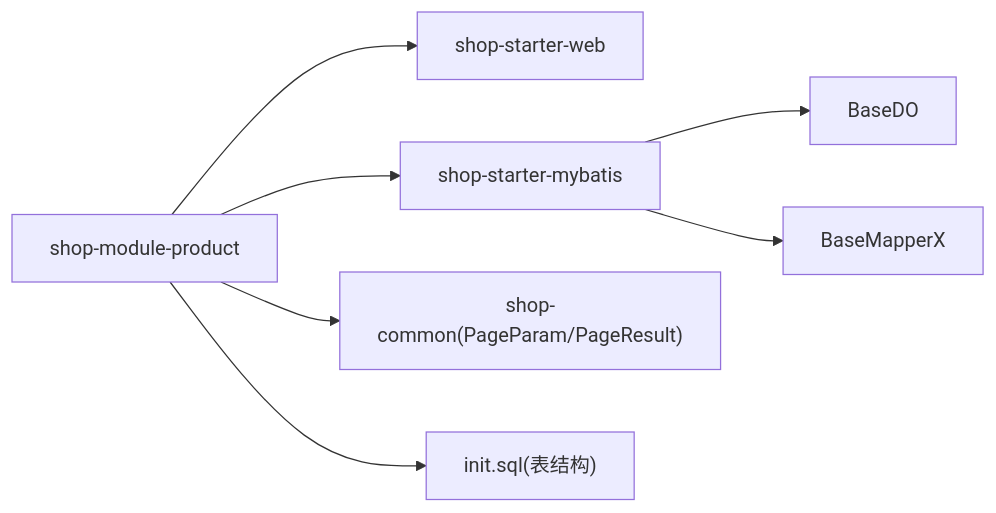
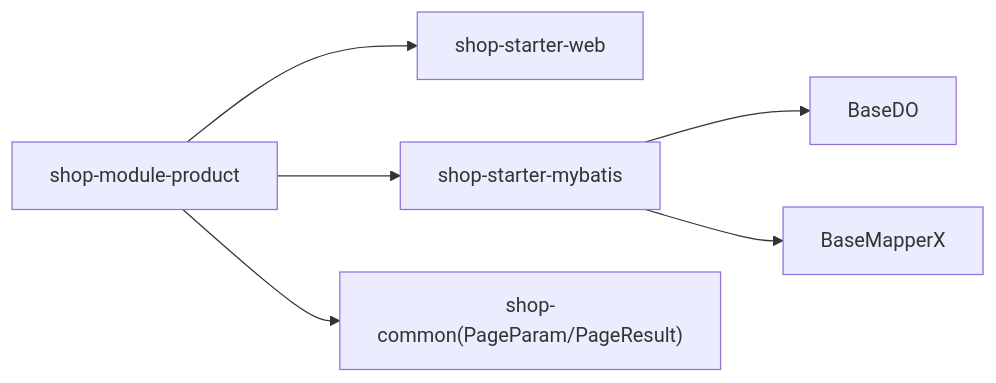
Before and after one commit to QtImM/wechatMiniprogram_Store: the sixth of 6 diagrams in .qoder/repowiki/zh/content/后端架构设计/业务模块设计/商品模块 (shop-module-product)/商品模块 (shop-module-product).md, drawn with Mermaid. The commit also changed other lines of this file and 109 other files, not shown here.

````diff
--- a/.qoder/repowiki/zh/content/后端架构设计/业务模块设计/商品模块 (shop-module-product)/商品模块 (shop-module-product).md
+++ b/.qoder/repowiki/zh/content/后端架构设计/业务模块设计/商品模块 (shop-module-product)/商品模块 (shop-module-product).md
@@ -347,9 +381,8 @@
 ```mermaid
 graph LR
 MOD["shop-module-product"] --> WEB["shop-starter-web"]
 MOD --> MYBATIS["shop-starter-mybatis"]
 MYBATIS --> BASEDO["BaseDO"]
 MYBATIS --> BASEMAPPER["BaseMapperX"]
 MOD --> COMMON["shop-common(PageParam/PageResult)"]
-MOD --> SQL["init.sql(表结构)"]
 ```
````
